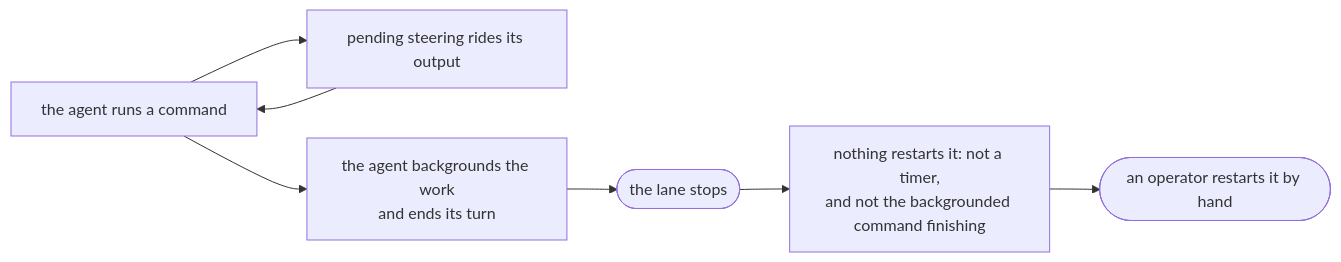
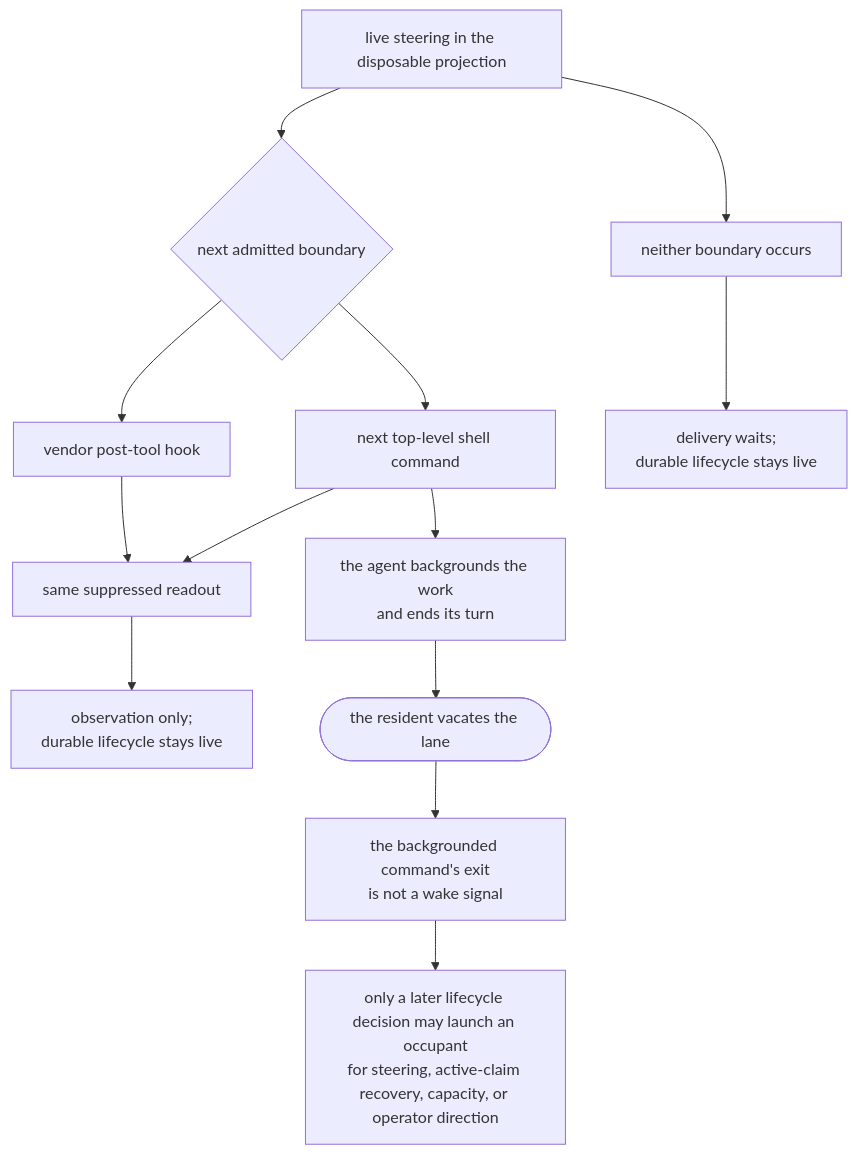
One commit to infimalabs/spice-rust changed the eighth of 10 diagrams in docs/product/planes/hooks.md. Above: the diagram before and after it, drawn with Mermaid. The commit also changed other lines of this file and 71 other files, not shown here.

````diff
--- a/docs/product/planes/hooks.md
+++ b/docs/product/planes/hooks.md
@@ -173,9 +183,15 @@
 ```mermaid
-flowchart LR
-  C["the agent runs a command"] --> D["pending steering rides its output"]
-  D --> C
+flowchart TD
+  D["live steering in the disposable projection"] --> B{"next admitted boundary"}
+  B --> T["vendor post-tool hook"]
+  B --> C["next top-level shell command"]
+  T --> R["same suppressed readout"]
+  C --> R
+  R --> O["observation only;<br/>durable lifecycle stays live"]
+  D --> N["neither boundary occurs"]
+  N --> W["delivery waits;<br/>durable lifecycle stays live"]
   C --> BG["the agent backgrounds the work<br/>and ends its turn"]
-  BG --> S(["the lane stops"])
-  S --> X["nothing restarts it: not a timer,<br/>and not the backgrounded command finishing"]
-  X --> OP(["an operator restarts it by hand"])
+  BG --> S(["the resident vacates the lane"])
+  S --> X["the backgrounded command's exit<br/>is not a wake signal"]
+  X --> RL["only a later lifecycle decision may launch an occupant<br/>for steering, active-claim recovery, capacity, or operator direction"]
 ```
````
